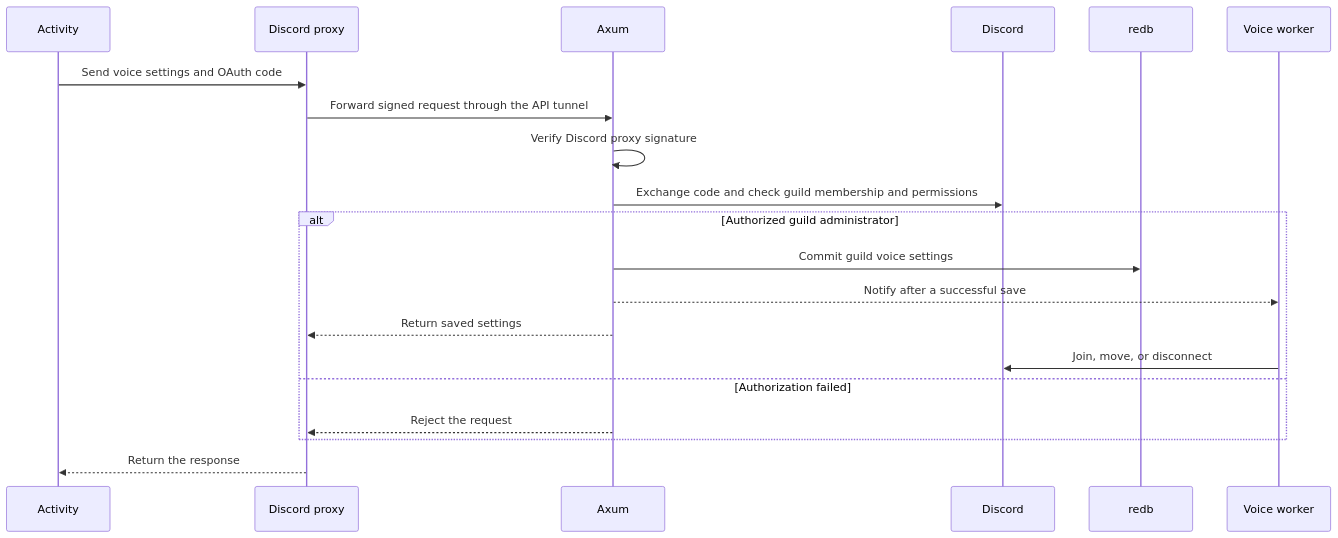
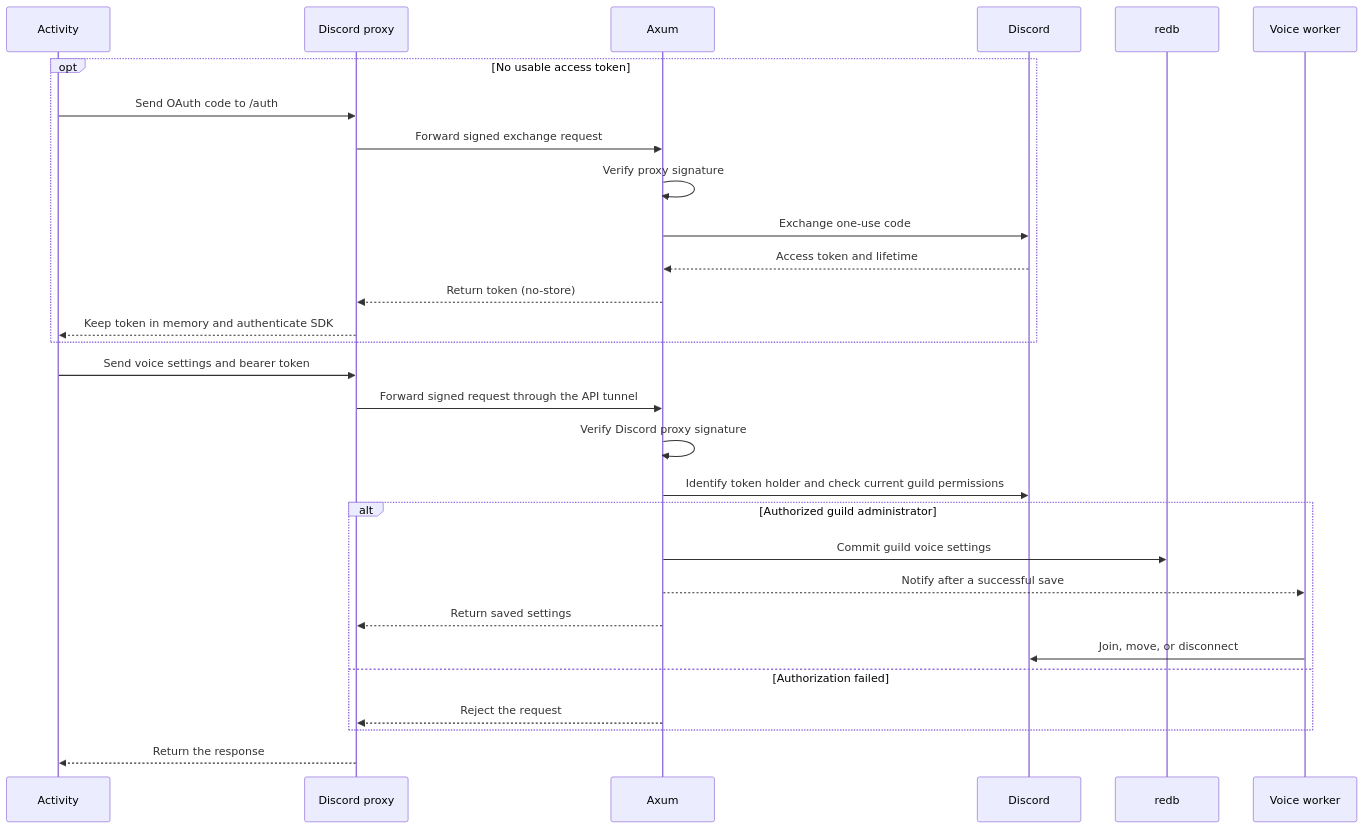
Before and after one commit to MrewyOrg/Botge: the second of 3 diagrams in docs/ARCHITECTURE.md, drawn with Mermaid. The commit also changed 37 other files, not shown here.

Commit message:
fix(activity): reuse OAuth sessions and organize browser features

````diff
--- a/docs/ARCHITECTURE.md
+++ b/docs/ARCHITECTURE.md
@@ -60,22 +60,31 @@
 ```mermaid
 sequenceDiagram
     participant Browser as Activity
     participant Proxy as Discord proxy
     participant API as Axum
     participant Discord
     participant DB as redb
     participant Voice as Voice worker
-    Browser->>Proxy: Send voice settings and OAuth code
+    opt No usable access token
+        Browser->>Proxy: Send OAuth code to /auth
+        Proxy->>API: Forward signed exchange request
+        API->>API: Verify proxy signature
+        API->>Discord: Exchange one-use code
+        Discord-->>API: Access token and lifetime
+        API-->>Proxy: Return token (no-store)
+        Proxy-->>Browser: Keep token in memory and authenticate SDK
+    end
+    Browser->>Proxy: Send voice settings and bearer token
     Proxy->>API: Forward signed request through the API tunnel
     API->>API: Verify Discord proxy signature
-    API->>Discord: Exchange code and check guild membership and permissions
+    API->>Discord: Identify token holder and check current guild permissions
     alt Authorized guild administrator
         API->>DB: Commit guild voice settings
         API-->>Voice: Notify after a successful save
         API-->>Proxy: Return saved settings
         Voice->>Discord: Join, move, or disconnect
     else Authorization failed
         API-->>Proxy: Reject the request
     end
     Proxy-->>Browser: Return the response
 ```
````
